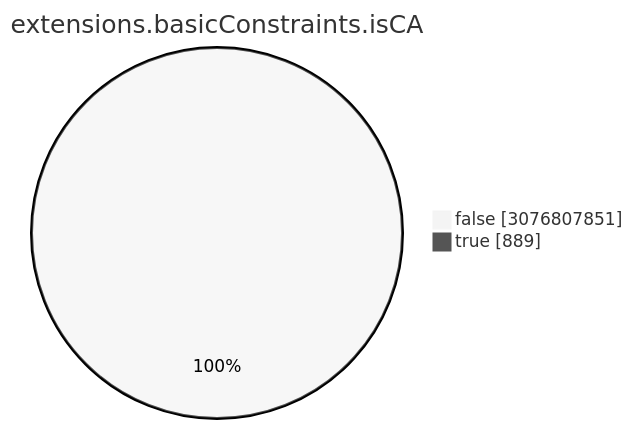
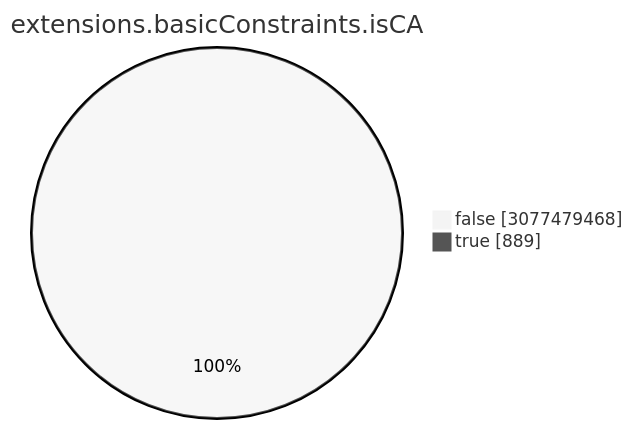
One commit to christiankrug/ctmonitor_visualization changed the seventh of 15 diagrams in TOTAL/README.md. Above: the diagram before and after it, drawn with Mermaid (neutral theme). The commit also changed other lines of this file, not shown here.

````diff
--- a/TOTAL/README.md
+++ b/TOTAL/README.md
@@ -3086,6 +3086,6 @@
 ```mermaid
 pie showData
 title extensions.basicConstraints.isCA
-"false" :3076807851
+"false" :3077479468
 "true" :889
 ```
````
